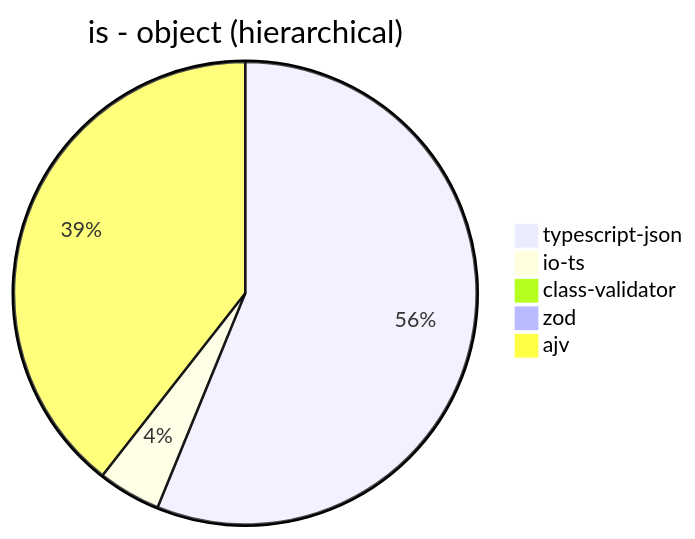
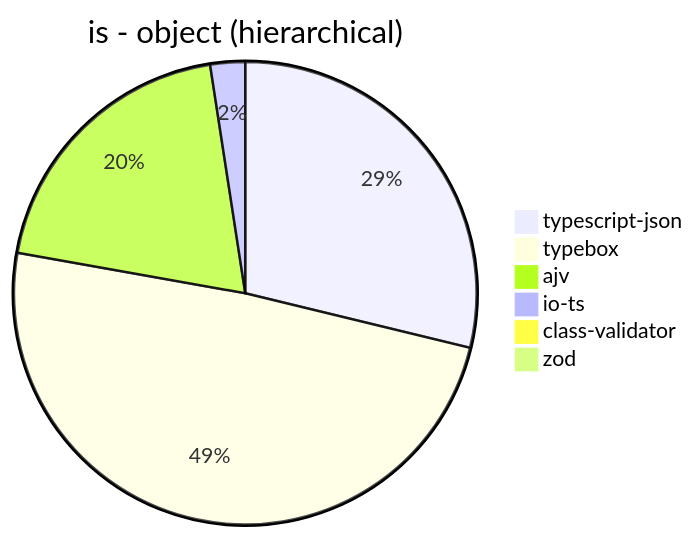
The first of 39 diagrams in benchmark/results/11th Gen Intel(R) Core(TM) i5-1135G7 @ 2.40GHz.md (samchon/typia), drawn with Mermaid before and after one commit. The commit also changed other lines of this file and 16 other files, not shown here.

````diff
--- a/benchmark/results/11th Gen Intel(R) Core(TM) i5-1135G7 @ 2.40GHz.md
+++ b/benchmark/results/11th Gen Intel(R) Core(TM) i5-1135G7 @ 2.40GHz.md
@@ -21,8 +21,9 @@
 ```mermaid
 pie title is - object (hierarchical)
-  "typescript-json": 107745.86137893397
-  "io-ts": 8428.597549826292
-  "class-validator": 63.163577469857835
-  "zod": 397.9276495182694
-  "ajv": 75593.20155181969
+  "typescript-json": 108210.18756895918
+  "typebox": 184181.2811519291
+  "ajv": 74299.2341356674
+  "io-ts": 9138.838143953233
+  "class-validator": 62.60177311380495
+  "zod": 401.32304299889745
 ```
````
